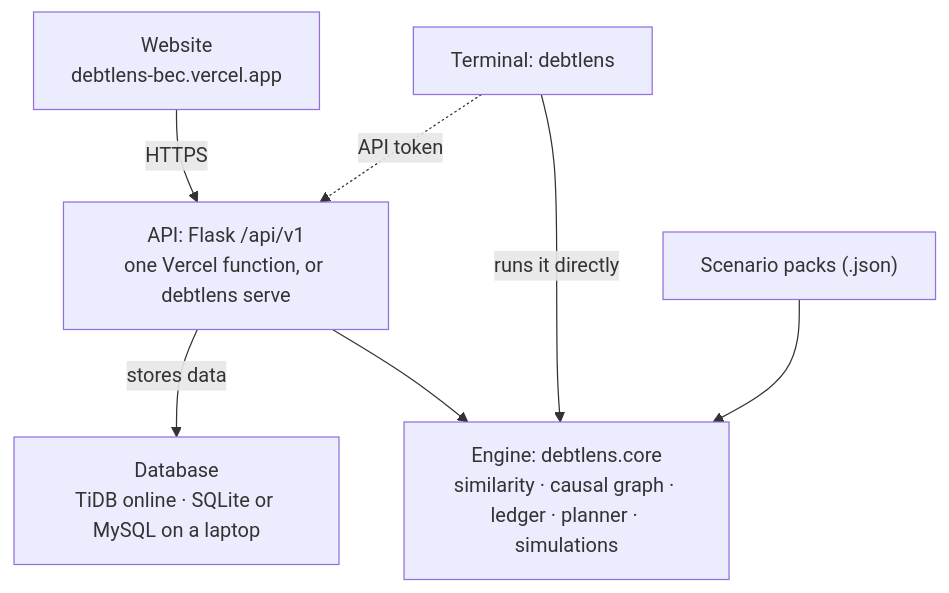
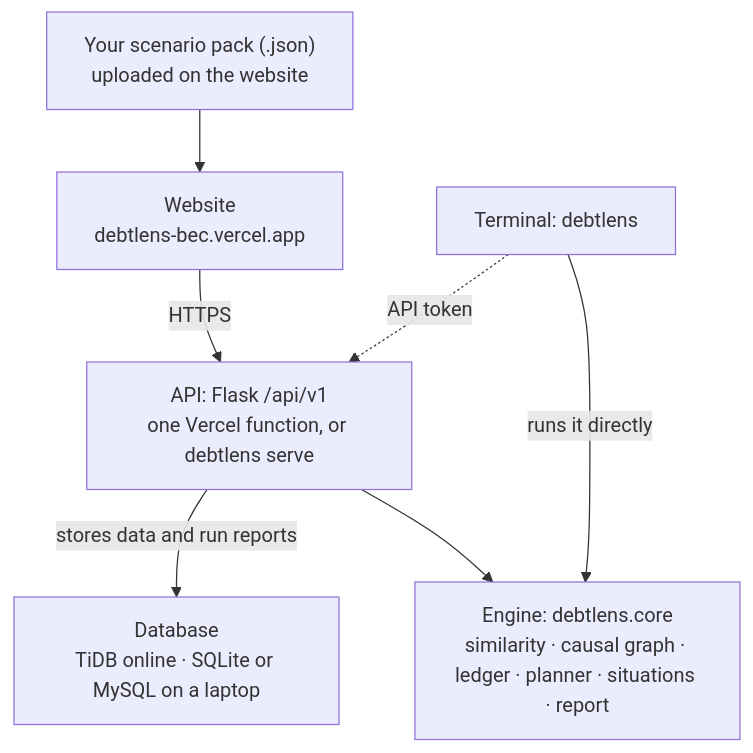
The diagram in docs/USER_GUIDE.md (surajhdeshpande1/debtlens), drawn with Mermaid before and after one commit. The commit also changed other lines of this file and 2 other files, not shown here.

First line of the commit message:
User guide for v3: five pages, the four-step run, situations, the report, packs on the website

````diff
--- a/docs/USER_GUIDE.md
+++ b/docs/USER_GUIDE.md
@@ -19,9 +27,9 @@
 ```mermaid
 flowchart TB
   W["Website<br/>debtlens-bec.vercel.app"] -->|HTTPS| A["API: Flask /api/v1<br/>one Vercel function, or debtlens serve"]
+  P["Your scenario pack (.json)<br/>uploaded on the website"] --> W
   T["Terminal: debtlens"] -.->|API token| A
-  A -->|stores data| D["Database<br/>TiDB online · SQLite or MySQL on a laptop"]
-  A --> E["Engine: debtlens.core<br/>similarity · causal graph · ledger · planner · simulations"]
+  A -->|stores data and run reports| D["Database<br/>TiDB online · SQLite or MySQL on a laptop"]
+  A --> E["Engine: debtlens.core<br/>similarity · causal graph · ledger · planner · situations · report"]
   T -->|runs it directly| E
-  P["Scenario packs (.json)"] --> E
 ```
````
